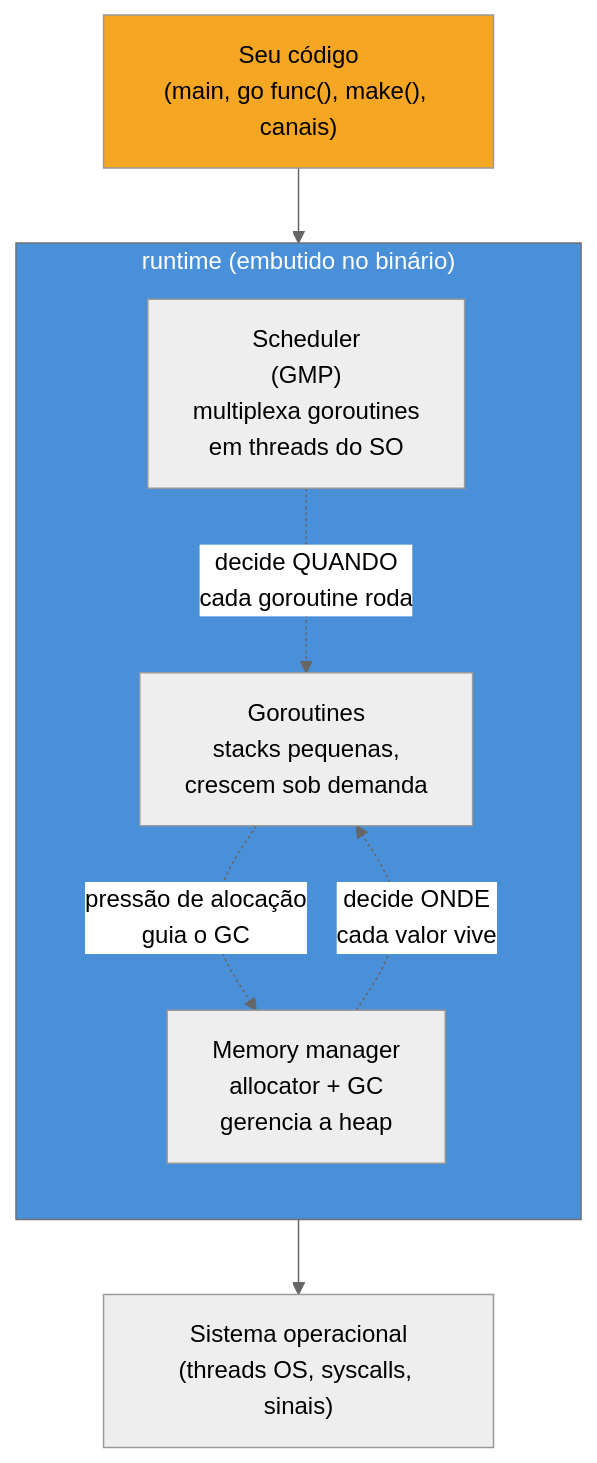
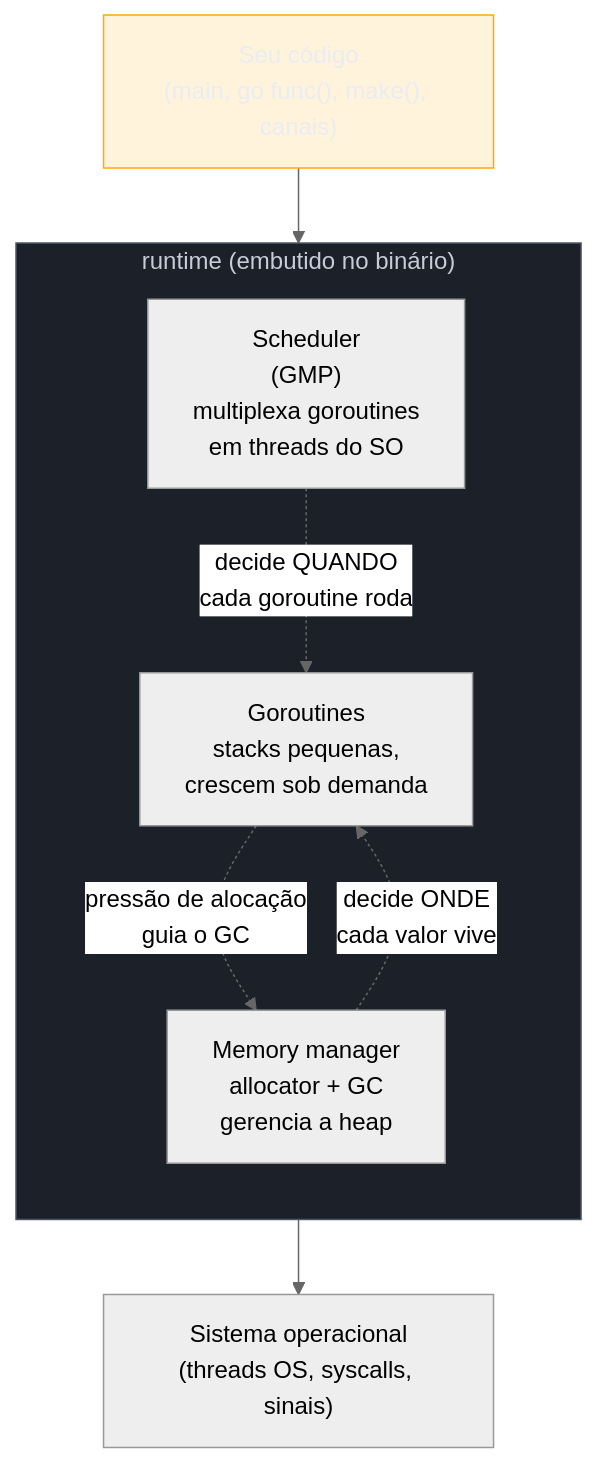
One commit to josenaldo/codex-technomanticus changed the diagram in 03-Dominios/Tecnologia/Go/17 - Runtime interno/01 - O runtime Go por baixo.md. Above: the diagram before and after it, drawn with Mermaid (neutral theme). The commit also changed 1181 other files, not shown here.

First line of the commit message:
fix(diagramas): paleta do sistema no lugar de cor cravada no markdown

````diff
--- a/03-Dominios/Tecnologia/Go/17 - Runtime interno/01 - O runtime Go por baixo.md
+++ b/03-Dominios/Tecnologia/Go/17 - Runtime interno/01 - O runtime Go por baixo.md
@@ -44,19 +44,21 @@
 ```mermaid
 flowchart TB
+    classDef neutro fill:#1B2029,stroke:#4E5666,color:#C6CCD8
+    classDef destaque fill:#FFAA0024,stroke:#FFAA00,color:#E9ECF2
     subgraph Runtime["runtime (embutido no binário)"]
         direction TB
         SCHED["Scheduler\n(GMP)\nmultiplexa goroutines\nem threads do SO"]
         MEM["Memory manager\nallocator + GC\ngerencia a heap"]
         GR["Goroutines\nstacks pequenas,\ncrescem sob demanda"]
     end
 
     APP["Seu código\n(main, go func(), make(), canais)"] --> Runtime
     Runtime --> OS["Sistema operacional\n(threads OS, syscalls, sinais)"]
 
     SCHED -.->|"decide QUANDO\ncada goroutine roda"| GR
     MEM -.->|"decide ONDE\ncada valor vive"| GR
     GR -.->|"pressão de alocação\nguia o GC"| MEM
 
-    style Runtime fill:#4A90D9,color:#fff
-    style APP fill:#F5A623,color:#000
+    class Runtime neutro
+    class APP destaque
 ```
````
